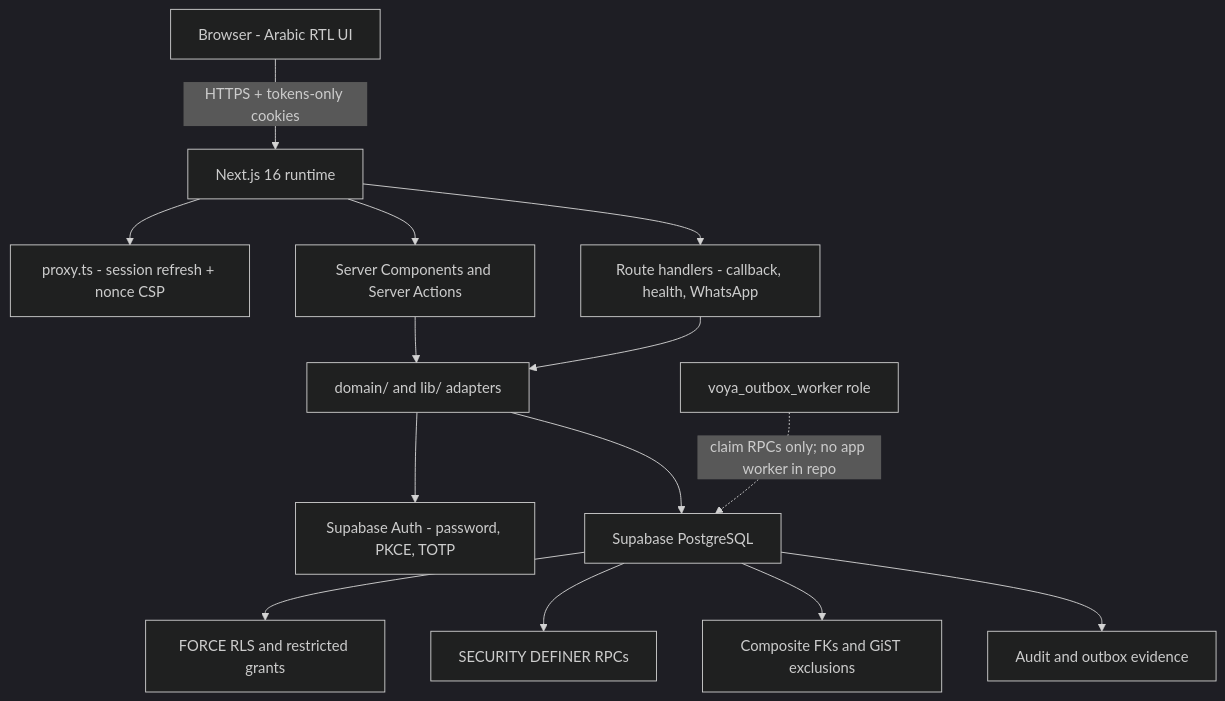
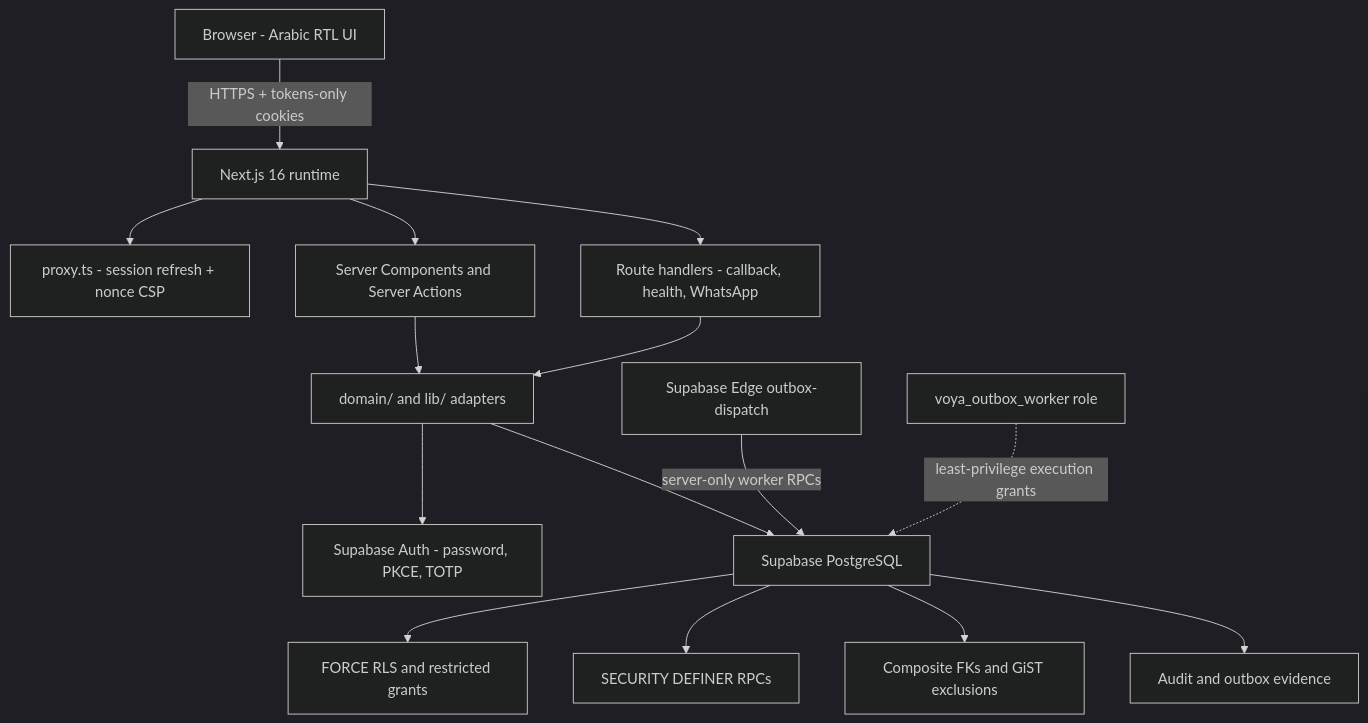
The first of 3 diagrams in docs/memory/ARCHITECTURE.md (Mina-Sayed/voya-os), drawn with Mermaid (dark theme) before and after one commit. The commit also changed other lines of this file and 219 other files, not shown here.

````diff
--- a/docs/memory/ARCHITECTURE.md
+++ b/docs/memory/ARCHITECTURE.md
@@ -11,16 +11,17 @@
 ```mermaid
 flowchart TD
   Browser["Browser - Arabic RTL UI"] -->|"HTTPS + tokens-only cookies"| Next["Next.js 16 runtime"]
   Next --> Proxy["proxy.ts - session refresh + nonce CSP"]
   Next --> Server["Server Components and Server Actions"]
   Next --> Routes["Route handlers - callback, health, WhatsApp"]
   Server --> Adapters["domain/ and lib/ adapters"]
   Routes --> Adapters
   Adapters --> Auth["Supabase Auth - password, PKCE, TOTP"]
   Adapters --> Postgres["Supabase PostgreSQL"]
   Postgres --> Rls["FORCE RLS and restricted grants"]
   Postgres --> Rpc["SECURITY DEFINER RPCs"]
   Postgres --> Constraints["Composite FKs and GiST exclusions"]
   Postgres --> Evidence["Audit and outbox evidence"]
-  Worker["voya_outbox_worker role"] -. "claim RPCs only; no app worker in repo" .-> Postgres
+  EdgeWorker["Supabase Edge outbox-dispatch"] -->|server-only worker RPCs| Postgres
+  Worker["voya_outbox_worker role"] -. "least-privilege execution grants" .-> Postgres
 ```
````
